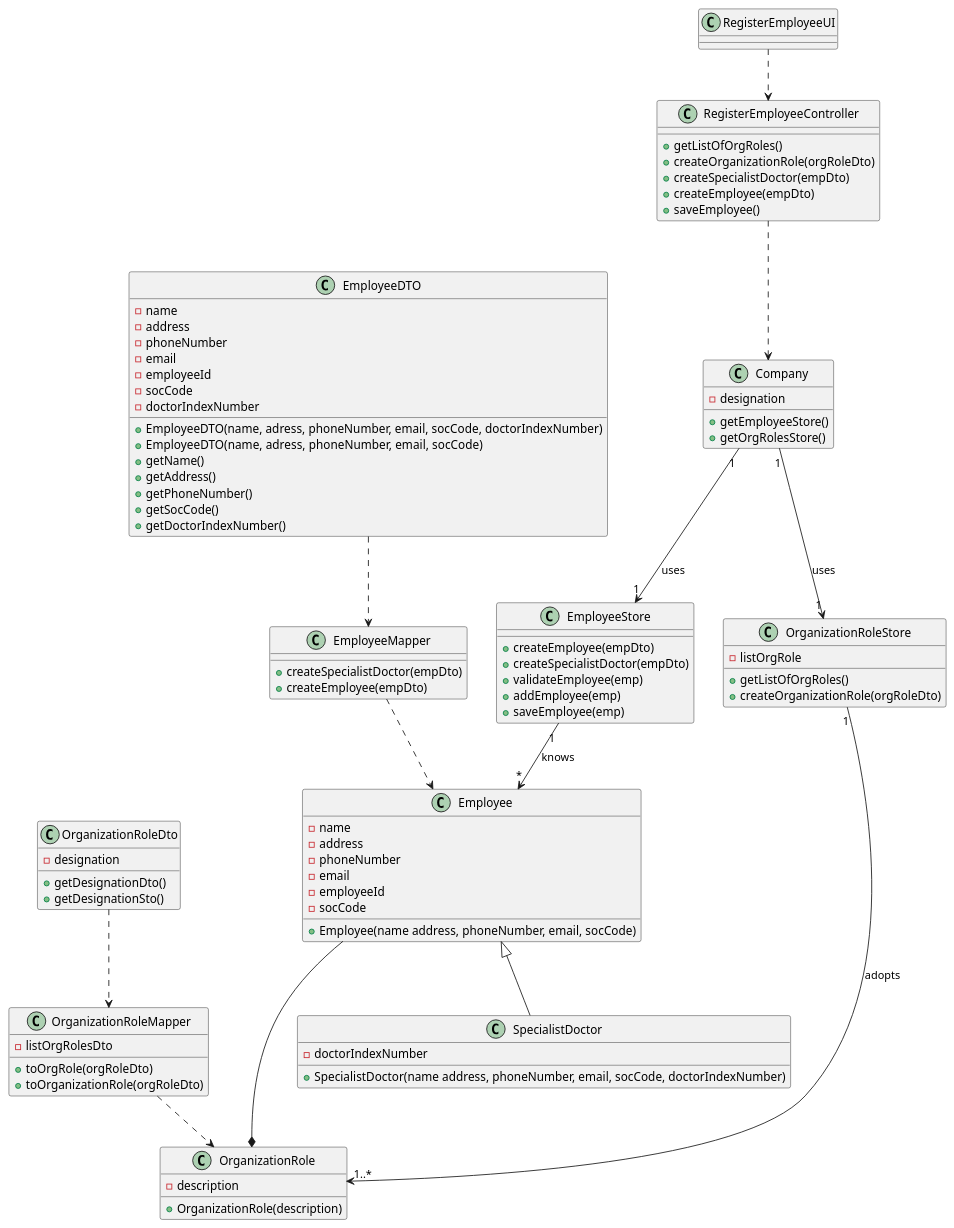
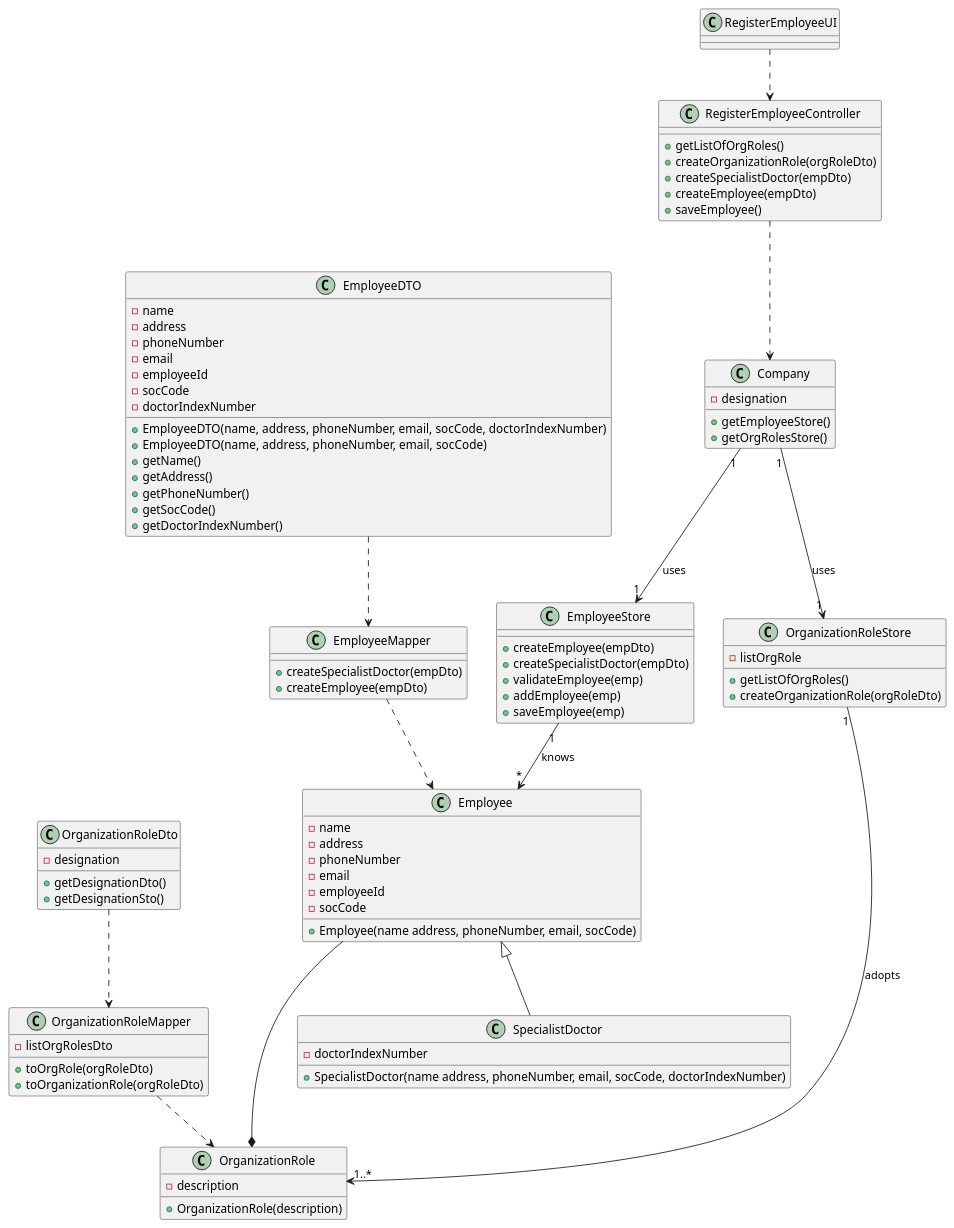
The diagram in docs/SprintB/US07/US07-CD.puml (manu-07-ela/LAPR2_ISEP), drawn with PlantUML before and after one commit. The commit also changed 5 other files, not shown here.

```diff
--- a/docs/SprintB/US07/US07-CD.puml
+++ b/docs/SprintB/US07/US07-CD.puml
@@ -1,126 +1,126 @@
 @startuml
 'https://plantuml.com/class-diagram
 
 class Company
 class Employee
 class EmployeeStore
 class RegisterEmployeeUI
 class RegisterEmployeeController
 class OrganizationRole
 class SpecialistDoctor
 class OrganizationRoleMapper
 class EmployeeDTO
 class EmployeeMapper
 class OrganizationRoleStore
 class EmployeeDTO
 class EmployeeMapper
 
 
 class Company{
 -designation
 +getEmployeeStore()
 +getOrgRolesStore()
 
 }
 
 class Employee{
 -name
 -address
 -phoneNumber
 -email
 -employeeId
 -socCode
 +Employee(name address, phoneNumber, email, socCode)
 
 }
 class SpecialistDoctor{
 -doctorIndexNumber
 +SpecialistDoctor(name address, phoneNumber, email, socCode, doctorIndexNumber)
 
 }
 
 class OrganizationRole{
 -description
 +OrganizationRole(description)
 }
 
 
 
 class EmployeeStore{
 +createEmployee(empDto)
 +createSpecialistDoctor(empDto)
 +validateEmployee(emp)
 +addEmployee(emp)
 +saveEmployee(emp)
 }
 
 class RegisterEmployeeController{
 +getListOfOrgRoles()
 +createOrganizationRole(orgRoleDto)
 +createSpecialistDoctor(empDto)
 +createEmployee(empDto)
 +saveEmployee()
 
 }
 class EmployeeDTO{
 -name
 -address
 -phoneNumber
 -email
 -employeeId
 -socCode
 -doctorIndexNumber
-+EmployeeDTO(name, adress, phoneNumber, email, socCode, doctorIndexNumber)
-+EmployeeDTO(name, adress, phoneNumber, email, socCode)
++EmployeeDTO(name, address, phoneNumber, email, socCode, doctorIndexNumber)
++EmployeeDTO(name, address, phoneNumber, email, socCode)
 +getName()
 +getAddress()
 +getPhoneNumber()
 +getSocCode()
 +getDoctorIndexNumber()
 }
 
 class EmployeeMapper{
 +createSpecialistDoctor(empDto)
 +createEmployee(empDto)
 }
 
 
 
 
 class OrganizationRoleMapper{
 +toOrgRole(orgRoleDto)
 
 }
 
 class OrganizationRoleDto{
 -designation
 +getDesignationDto()
 }
 class OrganizationRoleDto{
 +getDesignationSto()
 
 }
 
 class OrganizationRoleMapper{
 -listOrgRolesDto
 +toOrganizationRole(orgRoleDto)
 }
 
 class OrganizationRoleStore{
 -listOrgRole
 +getListOfOrgRoles()
 +createOrganizationRole(orgRoleDto)
 }
 EmployeeMapper..>Employee
 EmployeeDTO..>EmployeeMapper
 Company "1"-->"1" EmployeeStore : uses
 Employee<|--SpecialistDoctor
 RegisterEmployeeController ..>Company
 Employee --* OrganizationRole
 RegisterEmployeeUI ..> RegisterEmployeeController
 EmployeeStore "1"-->"*" Employee  : knows
 Company "1"-->"1" OrganizationRoleStore : uses
 OrganizationRoleStore "1"---->"1..*" OrganizationRole : adopts
 OrganizationRoleMapper..>OrganizationRole
 OrganizationRoleDto..>OrganizationRoleMapper
 @enduml
```
